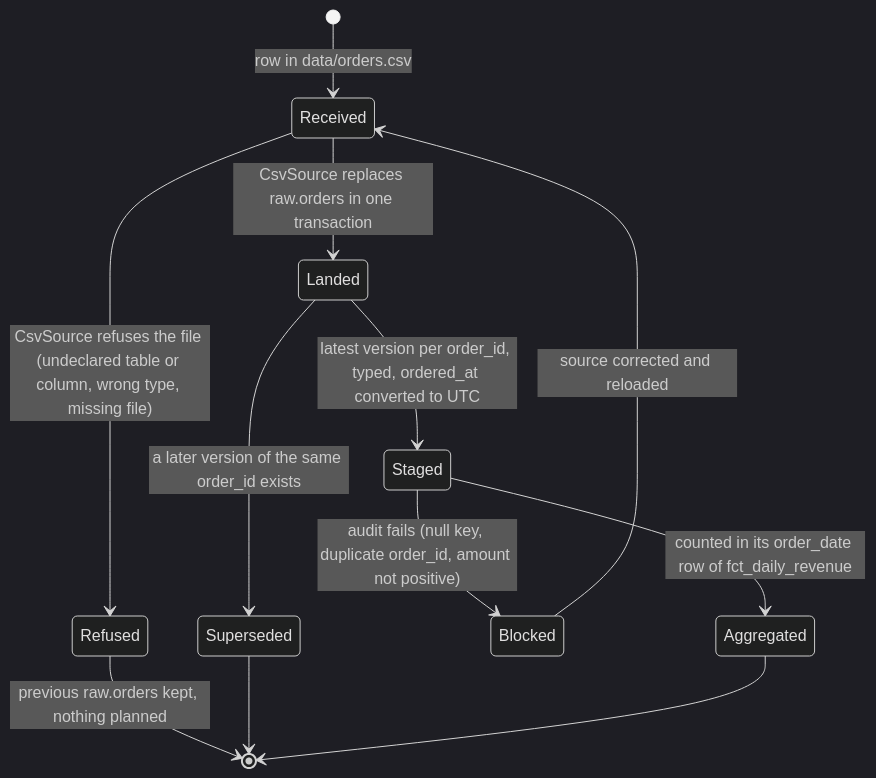
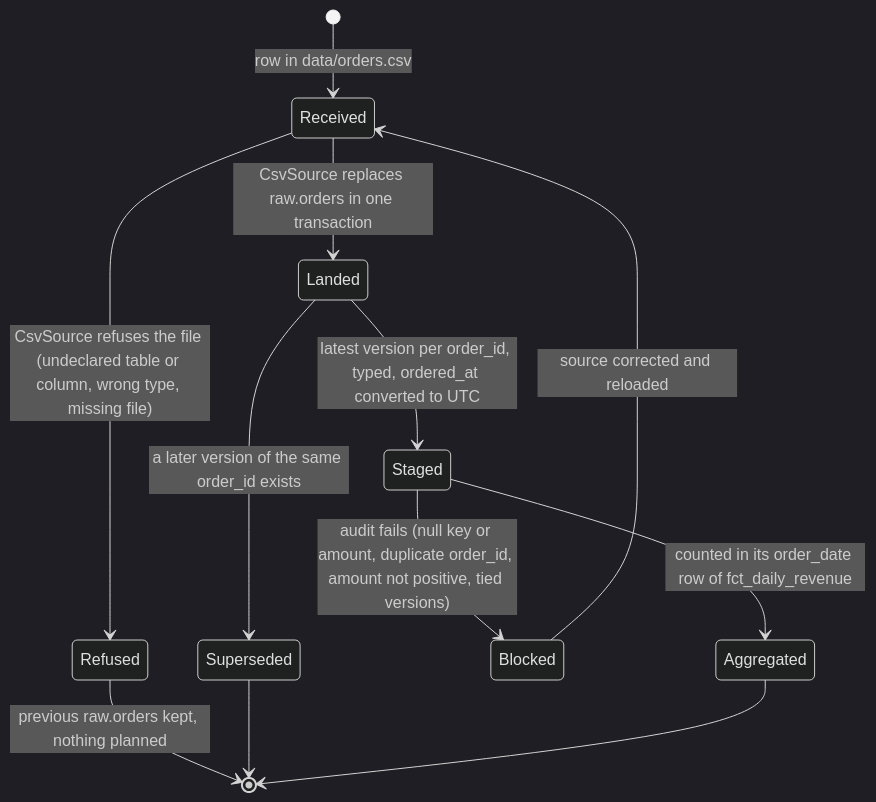
One commit to CarlosSolrac/template-sqlmesh-duckdb changed the second of 4 diagrams in docs/design.md. Above: the diagram before and after it, drawn with Mermaid (dark theme). The commit also changed other lines of this file and 1 other file, not shown here.

````diff
--- a/docs/design.md
+++ b/docs/design.md
@@ -58,14 +60,14 @@
 ```mermaid
 stateDiagram-v2
     [*] --> Received: row in data/orders.csv
     Received --> Refused: CsvSource refuses the file (undeclared table or column, wrong type, missing file)
     Refused --> [*]: previous raw.orders kept, nothing planned
     Received --> Landed: CsvSource replaces raw.orders in one transaction
     Landed --> Superseded: a later version of the same order_id exists
     Superseded --> [*]
     Landed --> Staged: latest version per order_id, typed, ordered_at converted to UTC
-    Staged --> Blocked: audit fails (null key, duplicate order_id, amount not positive)
+    Staged --> Blocked: audit fails (null key or amount, duplicate order_id, amount not positive, tied versions)
     Blocked --> Received: source corrected and reloaded
     Staged --> Aggregated: counted in its order_date row of fct_daily_revenue
     Aggregated --> [*]
 ```
````
